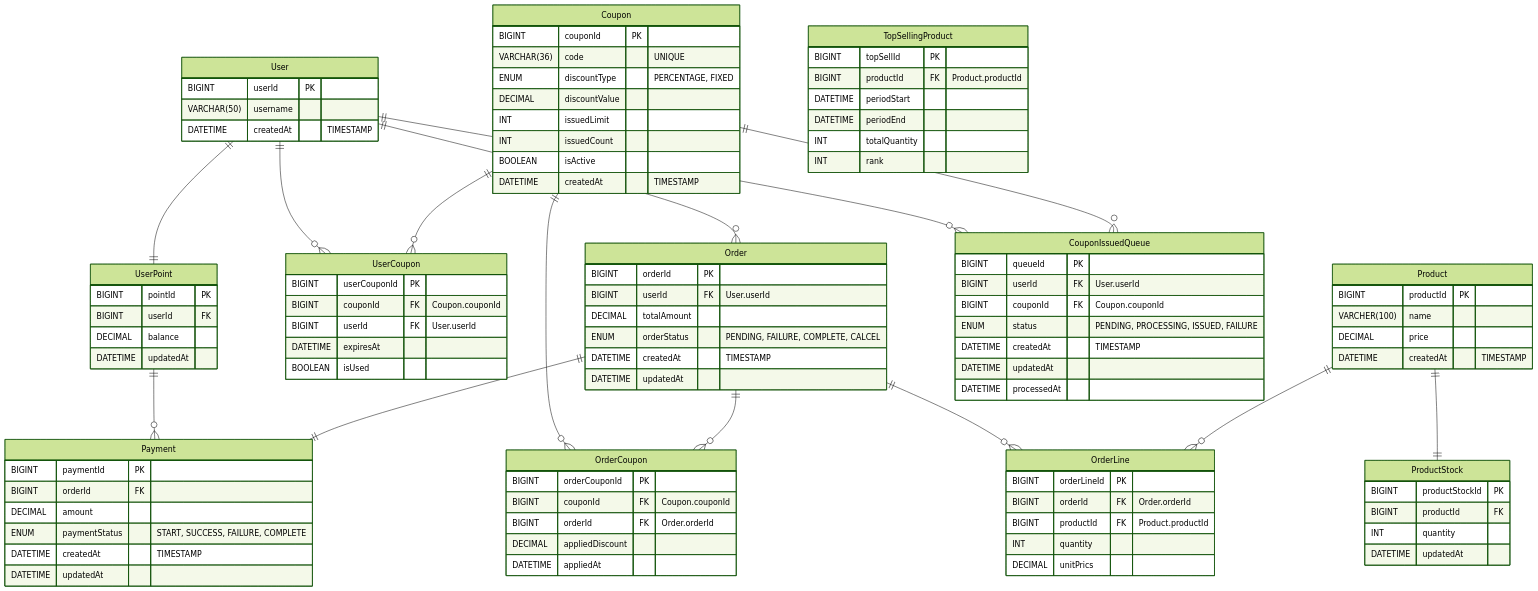
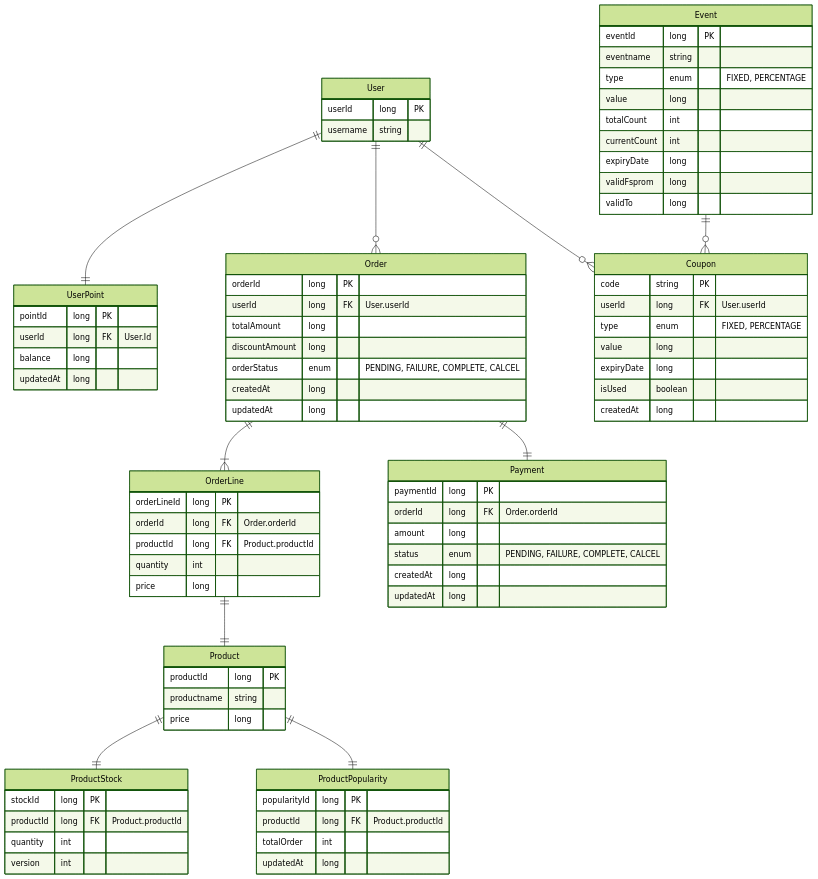
Before and after one commit to chapakook/kotlin-ecommerce: the first of 5 diagrams in docs/erd.md, drawn with Mermaid (forest theme). The commit also changed other lines of this file, not shown here.

Commit message:
[DOC] erd 업데이트 도메인 설계 변경

````diff
--- a/docs/erd.md
+++ b/docs/erd.md
@@ -19,104 +19,84 @@
 ```mermaid
 erDiagram
-    User ||--|| UserPoint : ""
-    User ||--o{ UserCoupon : ""
-    UserPoint ||--o{ Payment : ""
-    Coupon ||--o{ UserCoupon : ""
-    Coupon ||--o{ OrderCoupon : ""
-    Order ||--o{ OrderCoupon : ""
-    User ||--o{ Order : "" 
-    Order ||--|| Payment : ""
-    Order ||--o{ OrderLine : ""
-    Product ||--o{ OrderLine : ""
-    Product ||--|| ProductStock : ""
-    User ||--o{ CouponIssuedQueue: ""
-    Coupon ||--o{ CouponIssuedQueue: ""
-    
     User{
-        BIGINT userId PK
-        VARCHAR(50) username
-        DATETIME createdAt "TIMESTAMP"
+        userId long PK
+        username string
     }
     UserPoint{
-        BIGINT pointId PK
-        BIGINT userId FK
-        DECIMAL balance
-        DATETIME updatedAt
+        pointId long PK
+        userId long FK "User.Id"
+        balance long
+        updatedAt long
+    }
+    Event{
+        eventId long PK
+        eventname string
+        type enum "FIXED, PERCENTAGE"
+        value long
+        totalCount int
+        currentCount int
+        expiryDate long
+        validFsprom long
+        validTo long
+    }
+    Coupon{
+        code string PK
+        userId long FK "User.userId"
+        type enum "FIXED, PERCENTAGE"
+        value long
+        expiryDate long
+        isUsed boolean
+        createdAt long
+    }
+    Order{
+        orderId long PK
+        userId long FK "User.userId"
+        totalAmount long
+        discountAmount long
+        orderStatus enum "PENDING, FAILURE, COMPLETE, CALCEL"
+        createdAt long
+        updatedAt long
+    }
+    OrderLine{
+        orderLineId long PK
+        orderId long FK "Order.orderId"
+        productId long FK "Product.productId"
+        quantity int
+        price long
     }
     Payment{
-        BIGINT paymentId PK
-        BIGINT orderId FK
-        DECIMAL amount
-        ENUM paymentStatus "START, SUCCESS, FAILURE, COMPLETE"
-        DATETIME createdAt "TIMESTAMP"
-        DATETIME updatedAt  
-    }
-    Coupon{
-        BIGINT couponId PK
-        VARCHAR(36) code "UNIQUE"
-        ENUM discountType "PERCENTAGE, FIXED"
-        DECIMAL discountValue
-        INT issuedLimit
-        INT issuedCount
-        BOOLEAN isActive
-        DATETIME createdAt "TIMESTAMP"
-    }
-    UserCoupon{
-        BIGINT userCouponId PK
-        BIGINT couponId FK "Coupon.couponId"
-        BIGINT userId FK "User.userId"
-        DATETIME expiresAt
-        BOOLEAN isUsed
-    }
-    OrderCoupon{
-        BIGINT orderCouponId PK
-        BIGINT couponId FK "Coupon.couponId"
-        BIGINT orderId FK "Order.orderId"
-        DECIMAL appliedDiscount
-        DATETIME appliedAt
-    }
-    Order{
-        BIGINT orderId PK
-        BIGINT userId FK "User.userId"
-        DECIMAL totalAmount
-        ENUM orderStatus "PENDING, FAILURE, COMPLETE, CALCEL"
-        DATETIME createdAt "TIMESTAMP"
-        DATETIME updatedAt  
-    }
-    OrderLine{
-        BIGINT orderLineId PK
-        BIGINT orderId FK "Order.orderId"
-        BIGINT productId FK "Product.productId"
-        INT quantity
-        DECIMAL unitPrics
+        paymentId long PK
+        orderId long FK "Order.orderId"
+        amount long
+        status enum "PENDING, FAILURE, COMPLETE, CALCEL"
+        createdAt long
+        updatedAt long
     }
     Product{
-        BIGINT productId PK
-        VARCHER(100) name
-        DECIMAL price
-        DATETIME createdAt "TIMESTAMP"
+        productId long PK
+        productname string
+        price long
     }
     ProductStock{
-        BIGINT productStockId PK
-        BIGINT productId FK
-        INT quantity
-        DATETIME updatedAt
+        stockId long PK
+        productId long FK "Product.productId"
+        quantity int 
+        version int
     }
-    CouponIssuedQueue{
-        BIGINT queueId PK
-        BIGINT userId FK "User.userId"
-        BIGINT couponId FK "Coupon.couponId"
-        ENUM status "PENDING, PROCESSING, ISSUED, FAILURE"
-        DATETIME createdAt "TIMESTAMP"
-        DATETIME updatedAt
-        DATETIME processedAt
+    ProductPopularity{
+        popularityId long PK
+        productId long FK "Product.productId"
+        totalOrder int
+        updatedAt long
     }
-    TopSellingProduct{
-        BIGINT topSellId PK
-        BIGINT productId FK "Product.productId"
-        DATETIME periodStart
-        DATETIME periodEnd
-        INT totalQuantity 
-        INT rank
-    }
+
+    User ||--|| UserPoint: ""
+    User ||--o{ Order: ""
+    User ||--o{ Coupon:  ""
+    Event ||--o{ Coupon: ""
+    Product ||--|| ProductStock: ""
+    Product ||--|| ProductPopularity: ""
+    OrderLine ||--|| Product: ""
+    Order ||--|{ OrderLine: ""
+    Order ||--|| Payment: ""
 ```
````
